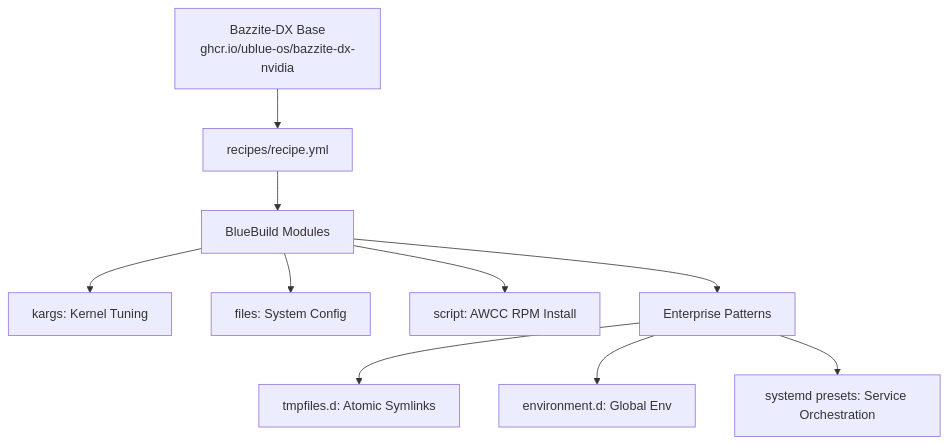
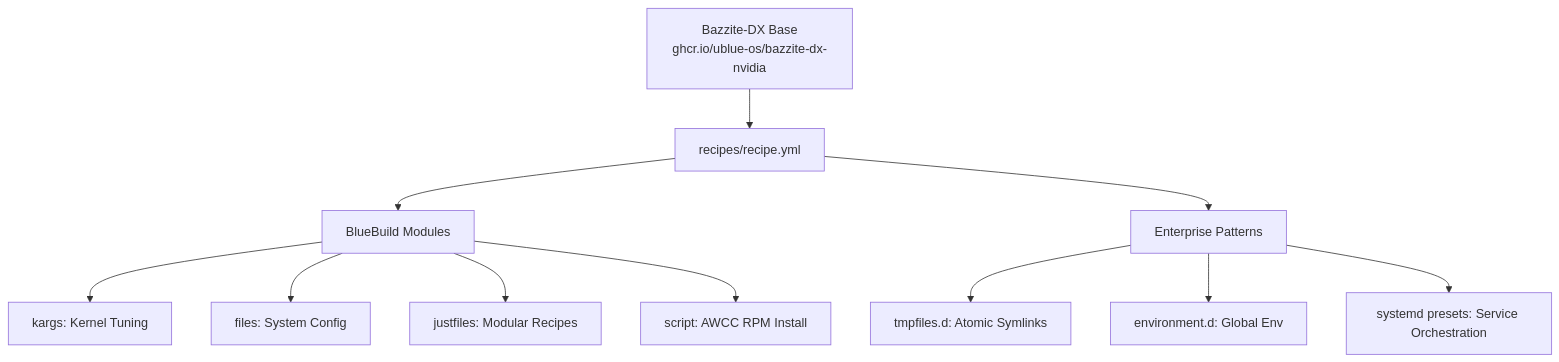
The diagram in README.md (nklowns/bazzite-dx-silver-goggles), drawn with Mermaid before and after one commit. The commit also changed other lines of this file and 10 other files, not shown here.

````diff
--- a/README.md
+++ b/README.md
@@ -23,12 +23,13 @@
 ```mermaid
 graph TD
     A[Bazzite-DX Base<br/>ghcr.io/ublue-os/bazzite-dx-nvidia] --> B[recipes/recipe.yml]
     B --> C[BlueBuild Modules]
     C --> C1[kargs: Kernel Tuning]
     C --> C2[files: System Config]
+    C --> C5[justfiles: Modular Recipes]
     C --> C3[script: AWCC RPM Install]
-    C --> D[Enterprise Patterns]
+    B --> D[Enterprise Patterns]
     D --> D1[tmpfiles.d: Atomic Symlinks]
     D --> D2[environment.d: Global Env]
     D --> D3[systemd presets: Service Orchestration]
 ```
````
